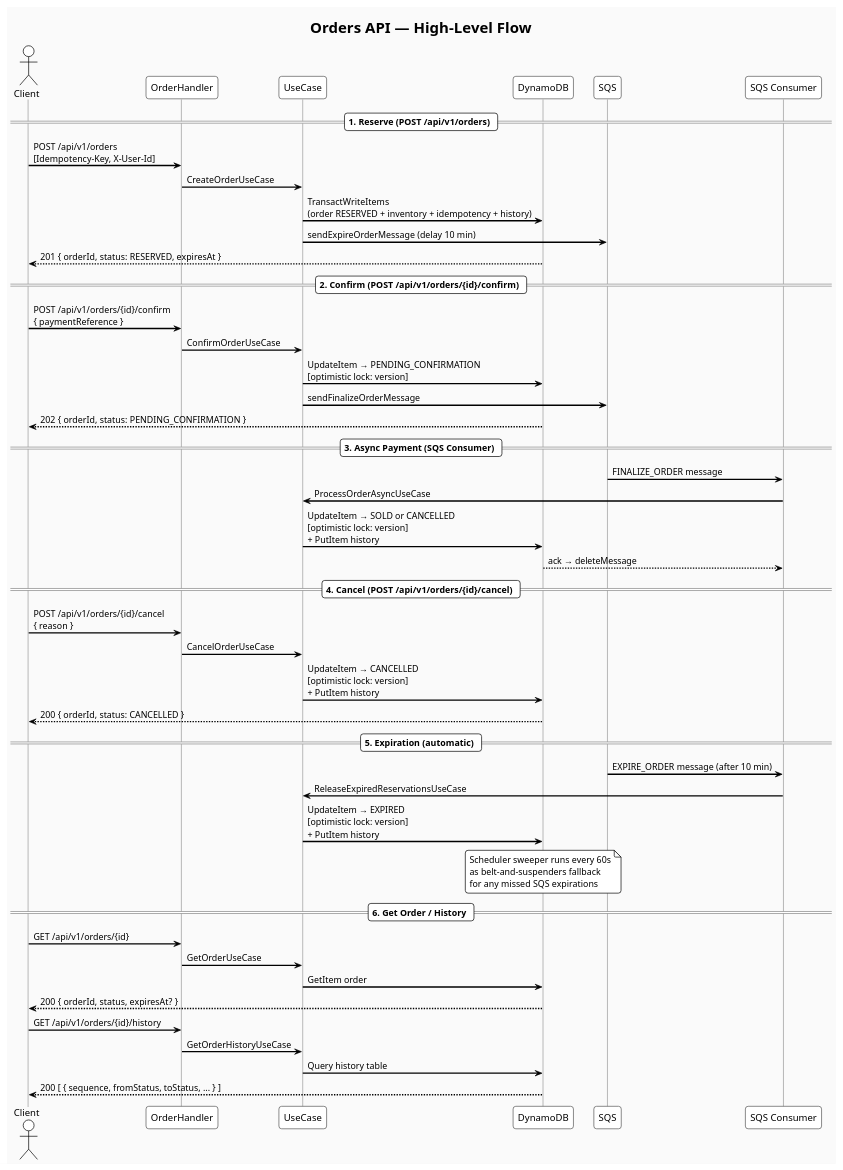
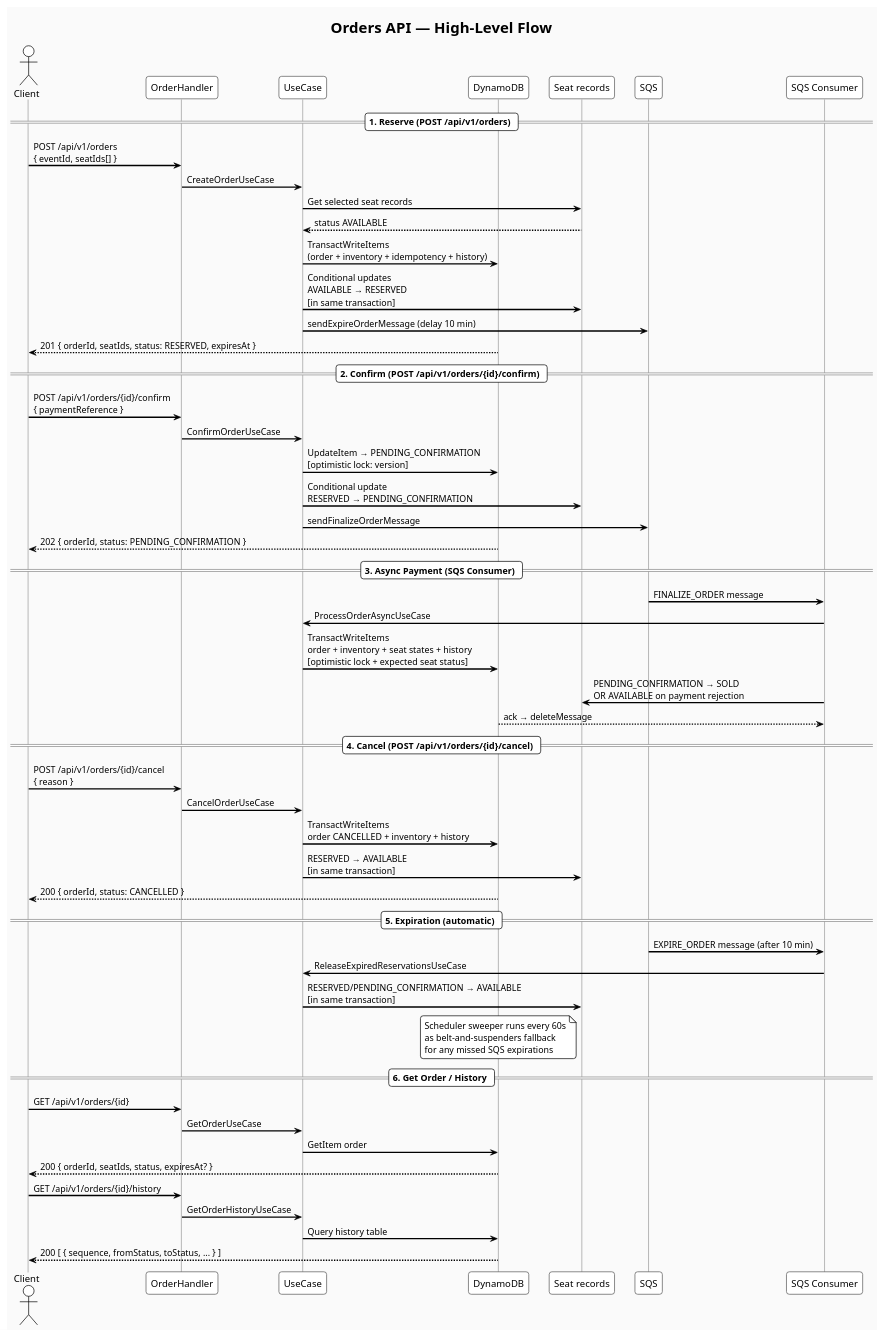
The diagram in docs/diagramas-secuencia/orders_flow.puml (EstebanRCarmona/ticketing-Nequi), drawn with PlantUML before and after one commit. The commit also changed 29 other files, not shown here.

Commit message:
docs: update ticketing flows and architecture

```diff
--- a/docs/diagramas-secuencia/orders_flow.puml
+++ b/docs/diagramas-secuencia/orders_flow.puml
@@ -1,66 +1,73 @@
 @startuml orders_flow
 !theme plain
 skinparam backgroundColor #FAFAFA
 skinparam roundcorner 8
 skinparam sequenceArrowThickness 2
 skinparam sequenceParticipantBorderColor #555
 skinparam sequenceLifeLineBorderColor #999
 
 title Orders API — High-Level Flow
 
 actor       "Client"           as C
 participant "OrderHandler"     as H
 participant "UseCase"          as UC
 participant "DynamoDB"         as DB
+participant "Seat records"     as SEATS
 participant "SQS"              as SQS
 participant "SQS Consumer"     as CONS
 
 == 1. Reserve (POST /api/v1/orders) ==
-C -> H : POST /api/v1/orders\n[Idempotency-Key, X-User-Id]
+C -> H : POST /api/v1/orders\n{ eventId, seatIds[] }
 H -> UC : CreateOrderUseCase
-UC -> DB : TransactWriteItems\n(order RESERVED + inventory + idempotency + history)
+UC -> SEATS : Get selected seat records
+SEATS --> UC : status AVAILABLE
+UC -> DB : TransactWriteItems\n(order + inventory + idempotency + history)
+UC -> SEATS : Conditional updates\nAVAILABLE → RESERVED\n[in same transaction]
 UC -> SQS : sendExpireOrderMessage (delay 10 min)
-DB --> C : 201 { orderId, status: RESERVED, expiresAt }
+DB --> C : 201 { orderId, seatIds, status: RESERVED, expiresAt }
 
 == 2. Confirm (POST /api/v1/orders/{id}/confirm) ==
 C -> H : POST /api/v1/orders/{id}/confirm\n{ paymentReference }
 H -> UC : ConfirmOrderUseCase
 UC -> DB : UpdateItem → PENDING_CONFIRMATION\n[optimistic lock: version]
+UC -> SEATS : Conditional update\nRESERVED → PENDING_CONFIRMATION
 UC -> SQS : sendFinalizeOrderMessage
 DB --> C : 202 { orderId, status: PENDING_CONFIRMATION }
 
 == 3. Async Payment (SQS Consumer) ==
 SQS -> CONS : FINALIZE_ORDER message
 CONS -> UC : ProcessOrderAsyncUseCase
-UC -> DB : UpdateItem → SOLD or CANCELLED\n[optimistic lock: version]\n+ PutItem history
+UC -> DB : TransactWriteItems\norder + inventory + seat states + history\n[optimistic lock + expected seat status]
+CONS -> SEATS : PENDING_CONFIRMATION → SOLD\nOR AVAILABLE on payment rejection
 DB --> CONS : ack → deleteMessage
 
 == 4. Cancel (POST /api/v1/orders/{id}/cancel) ==
 C -> H : POST /api/v1/orders/{id}/cancel\n{ reason }
 H -> UC : CancelOrderUseCase
-UC -> DB : UpdateItem → CANCELLED\n[optimistic lock: version]\n+ PutItem history
+UC -> DB : TransactWriteItems\norder CANCELLED + inventory + history
+UC -> SEATS : RESERVED → AVAILABLE\n[in same transaction]
 DB --> C : 200 { orderId, status: CANCELLED }
 
 == 5. Expiration (automatic) ==
 SQS -> CONS : EXPIRE_ORDER message (after 10 min)
 CONS -> UC : ReleaseExpiredReservationsUseCase
-UC -> DB : UpdateItem → EXPIRED\n[optimistic lock: version]\n+ PutItem history
+UC -> SEATS : RESERVED/PENDING_CONFIRMATION → AVAILABLE\n[in same transaction]
 
 note over DB
   Scheduler sweeper runs every 60s
   as belt-and-suspenders fallback
   for any missed SQS expirations
 end note
 
 == 6. Get Order / History ==
 C -> H : GET /api/v1/orders/{id}
 H -> UC : GetOrderUseCase
 UC -> DB : GetItem order
-DB --> C : 200 { orderId, status, expiresAt? }
+DB --> C : 200 { orderId, seatIds, status, expiresAt? }
 
 C -> H : GET /api/v1/orders/{id}/history
 H -> UC : GetOrderHistoryUseCase
 UC -> DB : Query history table
 DB --> C : 200 [ { sequence, fromStatus, toStatus, ... } ]
 
 @enduml
```
